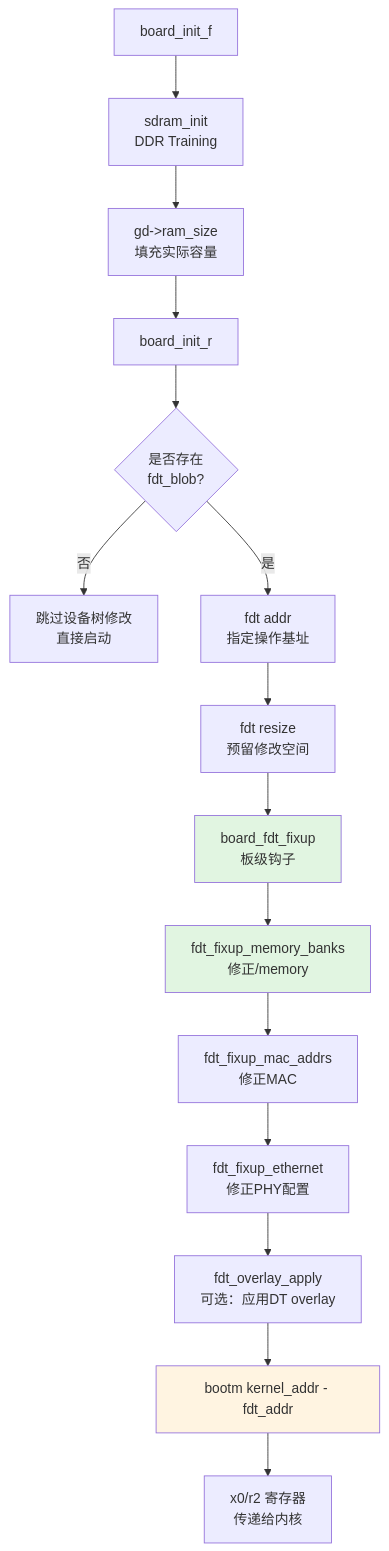
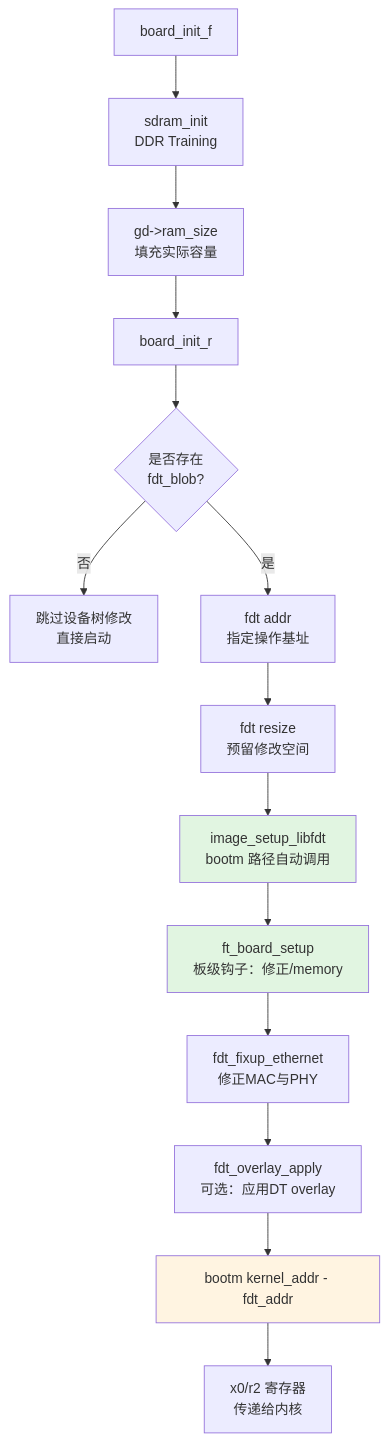
One commit to xiaohong0925/Embedded_Knowledge_System_V2026 changed the diagram in docs/02-核心机制深度解析/第7章 启动链深度解析/7.4.1_U-Boot如何修改设备树.md. Above: the diagram before and after it, drawn with Mermaid. The commit also changed other lines of this file and 49 other files, not shown here.

````diff
--- a/docs/02-核心机制深度解析/第7章 启动链深度解析/7.4.1_U-Boot如何修改设备树.md
+++ b/docs/02-核心机制深度解析/第7章 启动链深度解析/7.4.1_U-Boot如何修改设备树.md
@@ -204,20 +203,19 @@
 ```mermaid
 flowchart TD
     A[board_init_f] --> B[sdram_init<br/>DDR Training]
     B --> C[gd->ram_size<br/>填充实际容量]
     C --> D[board_init_r]
     D --> E{是否存在<br/>fdt_blob?}
     E -->|否| F[跳过设备树修改<br/>直接启动]
     E -->|是| G[fdt addr<br/>指定操作基址]
     G --> H[fdt resize<br/>预留修改空间]
-    H --> I[board_fdt_fixup<br/>板级钩子]
-    I --> I1[fdt_fixup_memory_banks<br/>修正/memory]
-    I1 --> I2[fdt_fixup_mac_addrs<br/>修正MAC]
-    I2 --> I3[fdt_fixup_ethernet<br/>修正PHY配置]
-    I3 --> J[fdt_overlay_apply<br/>可选：应用DT overlay]
+    H --> I[image_setup_libfdt<br/>bootm 路径自动调用]
+    I --> I1[ft_board_setup<br/>板级钩子：修正/memory]
+    I1 --> I2[fdt_fixup_ethernet<br/>修正MAC与PHY]
+    I2 --> J[fdt_overlay_apply<br/>可选：应用DT overlay]
     J --> K["bootm kernel_addr - fdt_addr"]
     K --> L[x0/r2 寄存器<br/>传递给内核]
     style I fill:#e1f5e1
     style I1 fill:#e1f5e1
     style K fill:#fff4e1
 ```
````
